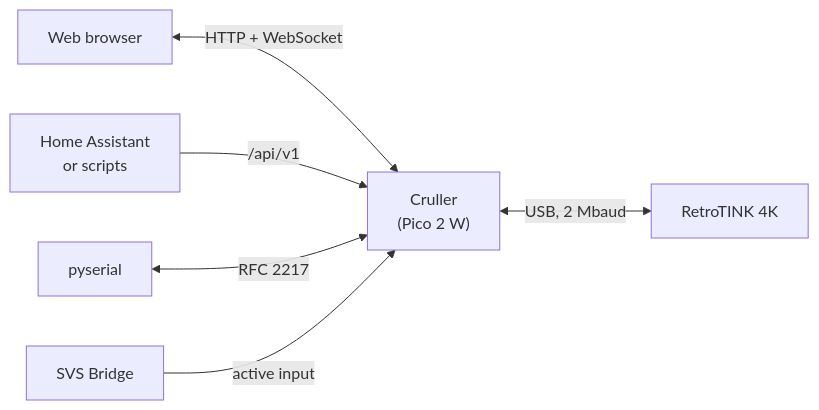
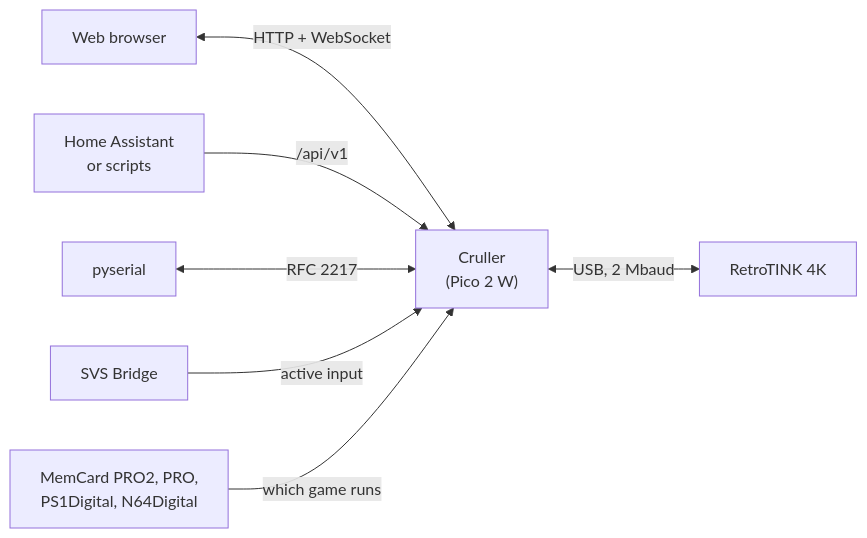
One commit to margaale/Cruller changed the diagram in README.md. Above: the diagram before and after it, drawn with Mermaid. The commit also changed other lines of this file and 1 other file, not shown here.

````diff
--- a/README.md
+++ b/README.md
@@ -54,8 +58,9 @@
 ```mermaid
 flowchart LR
     browser["Web browser"] <-- "HTTP + WebSocket" --> cruller
     ha["Home Assistant<br/>or scripts"] -- "/api/v1" --> cruller
     pyserial["pyserial"] <-- "RFC 2217" --> cruller
     bridge["SVS Bridge"] -- "active input" --> cruller
+    gameid["MemCard PRO2, PRO,<br/>PS1Digital, N64Digital"] -- "which game runs" --> cruller
     cruller["Cruller<br/>(Pico 2 W)"] <-- "USB, 2 Mbaud" --> rt4k["RetroTINK 4K"]
 ```
````
